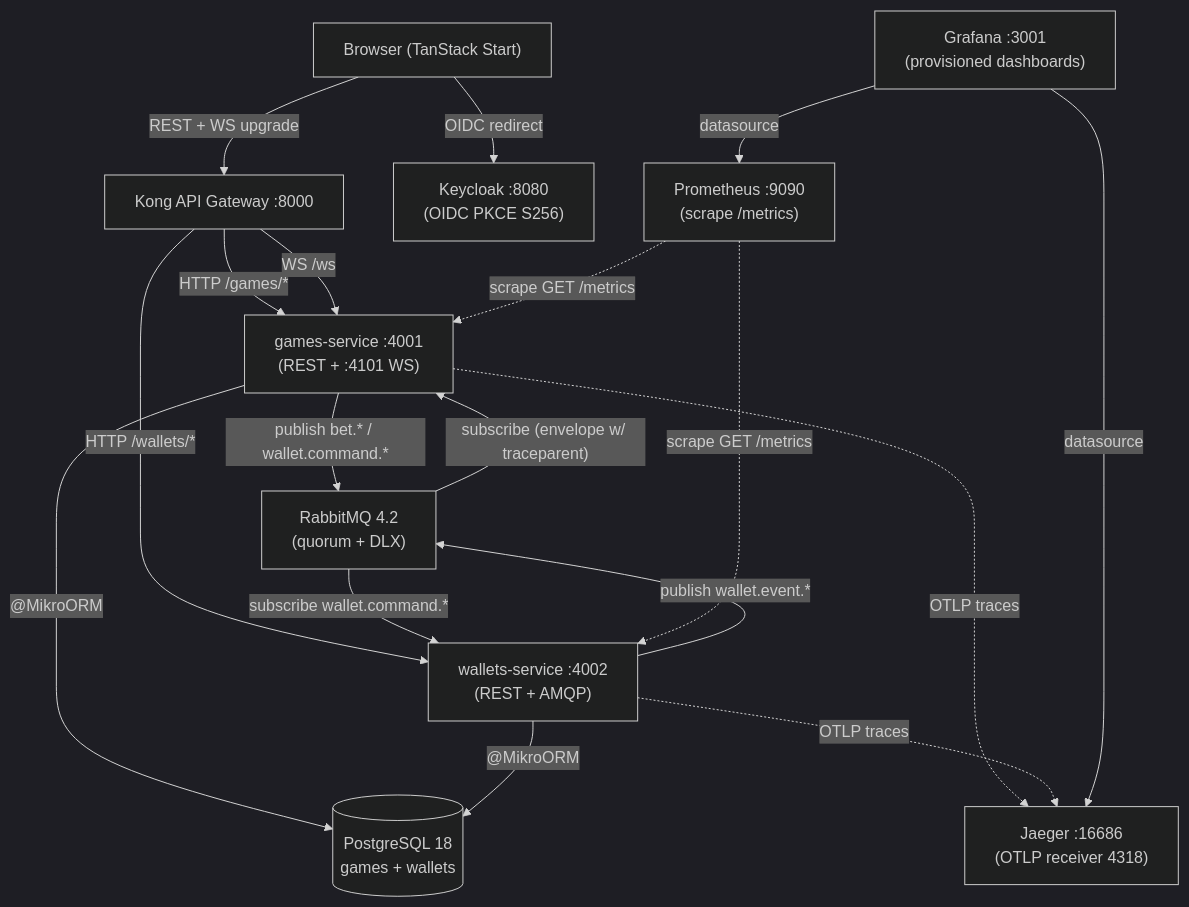
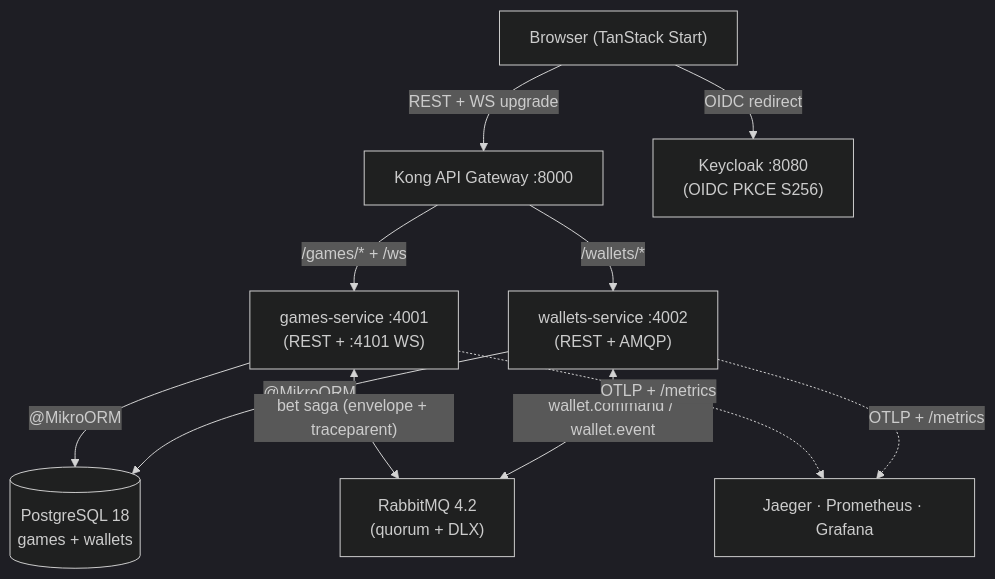
One commit to pedropaulobrasca/fullstack-challenge changed the first of 2 diagrams in README.md. Above: the diagram before and after it, drawn with Mermaid (dark theme). The commit also changed other lines of this file and 4 other files, not shown here.

````diff
--- a/README.md
+++ b/README.md
@@ -35,33 +73,22 @@
 ```mermaid
 graph TB
   Browser["Browser (TanStack Start)"]
   Kong["Kong API Gateway :8000"]
   Keycloak["Keycloak :8080<br/>(OIDC PKCE S256)"]
   Games["games-service :4001<br/>(REST + :4101 WS)"]
   Wallets["wallets-service :4002<br/>(REST + AMQP)"]
   PG[("PostgreSQL 18<br/>games + wallets")]
   RMQ["RabbitMQ 4.2<br/>(quorum + DLX)"]
-  Jaeger["Jaeger :16686<br/>(OTLP receiver 4318)"]
-  Prom["Prometheus :9090<br/>(scrape /metrics)"]
-  Graf["Grafana :3001<br/>(provisioned dashboards)"]
+  Obs["Jaeger · Prometheus · Grafana"]
 
   Browser -->|"REST + WS upgrade"| Kong
-  Kong -->|"HTTP /games/*"| Games
-  Kong -->|"HTTP /wallets/*"| Wallets
-  Kong -->|"WS /ws"| Games
   Browser -->|"OIDC redirect"| Keycloak
-
+  Kong -->|"/games/*  +  /ws"| Games
+  Kong -->|"/wallets/*"| Wallets
   Games -->|"@MikroORM"| PG
   Wallets -->|"@MikroORM"| PG
-  Games -->|"publish bet.* / wallet.command.*"| RMQ
-  Wallets -->|"publish wallet.event.*"| RMQ
-  RMQ -->|"subscribe (envelope w/ traceparent)"| Games
-  RMQ -->|"subscribe wallet.command.*"| Wallets
-
-  Games -.->|"OTLP traces"| Jaeger
-  Wallets -.->|"OTLP traces"| Jaeger
-  Prom -.->|"scrape GET /metrics"| Games
-  Prom -.->|"scrape GET /metrics"| Wallets
-  Graf -->|"datasource"| Prom
-  Graf -->|"datasource"| Jaeger
+  Games <-->|"bet saga (envelope + traceparent)"| RMQ
+  Wallets <-->|"wallet.command / wallet.event"| RMQ
+  Games -.->|"OTLP + /metrics"| Obs
+  Wallets -.->|"OTLP + /metrics"| Obs
 ```
````
